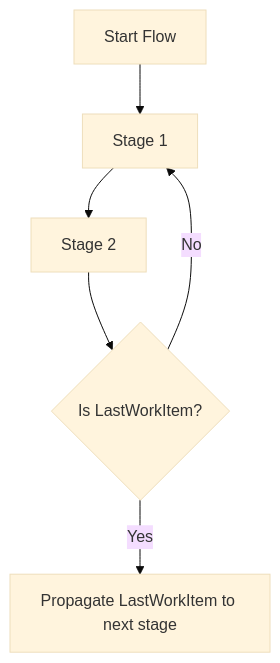
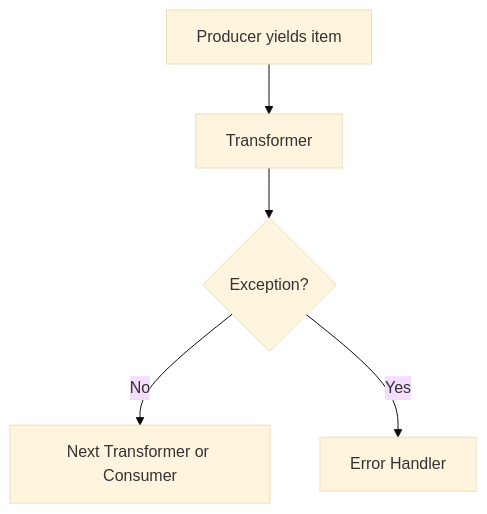
One commit to maxsimov/flowrhythm changed the second of 2 diagrams in README.md. Above: the diagram before and after it, drawn with Mermaid (base theme). The commit also changed other lines of this file and 15 other files, not shown here.

````diff
--- a/README.md
+++ b/README.md
@@ -188,8 +200,7 @@
 ```mermaid
 flowchart TD
-    A[Start Flow] --> B[Stage 1]
-    B --> C[Stage 2]
-    C --> D{Is LastWorkItem?}
-    D -- Yes --> E[Propagate LastWorkItem to next stage]
-    D -- No --> B
+    A[Producer yields item] --> B[Transformer]
+    B --> C{Exception?}
+    C -- No --> D[Next Transformer or Consumer]
+    C -- Yes --> E[Error Handler]
 ```
````
